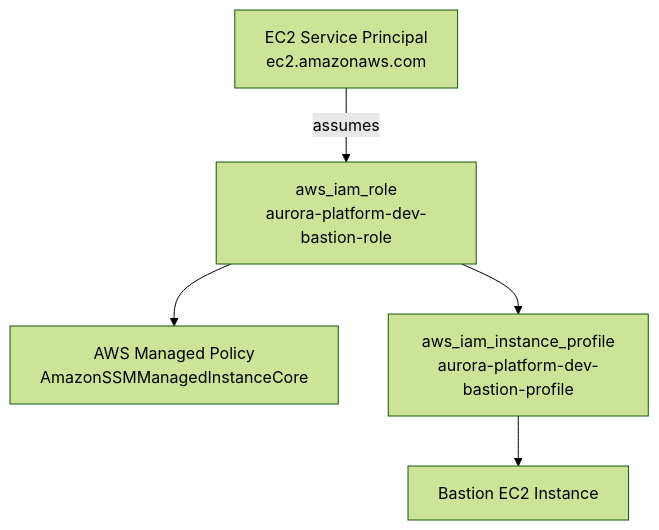
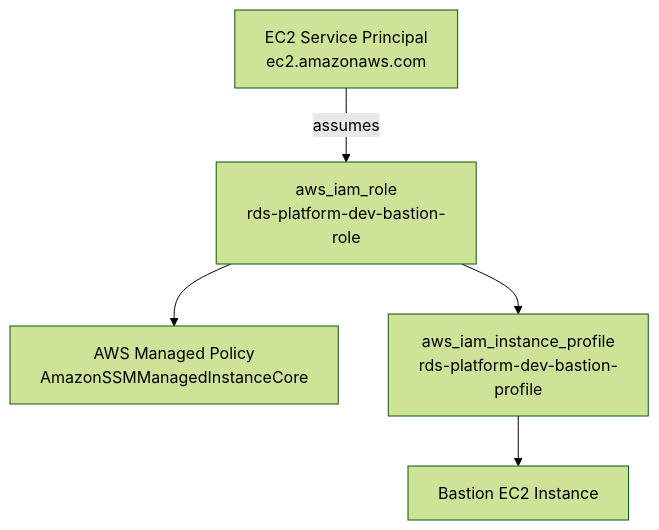
One commit to dheerajnambr/terraform-aws-rds-mysql-platform changed the fourth of 6 diagrams in NOTION_ADVANCED_DOC.md. Above: the diagram before and after it, drawn with Mermaid (forest theme). The commit also changed other lines of this file and 10 other files, not shown here.

First line of the commit message:
refactor: rename aurora-platform to rds-platform, upgrade engine to MySQL 8.4

````diff
--- a/NOTION_ADVANCED_DOC.md
+++ b/NOTION_ADVANCED_DOC.md
@@ -252,7 +252,7 @@
 ```mermaid
 graph TD
-    EC2[EC2 Service Principal<br/>ec2.amazonaws.com] -->|assumes| ROLE[aws_iam_role<br/>aurora-platform-dev-bastion-role]
+    EC2[EC2 Service Principal<br/>ec2.amazonaws.com] -->|assumes| ROLE[aws_iam_role<br/>rds-platform-dev-bastion-role]
     ROLE --> POLICY[AWS Managed Policy<br/>AmazonSSMManagedInstanceCore]
-    ROLE --> PROFILE[aws_iam_instance_profile<br/>aurora-platform-dev-bastion-profile]
+    ROLE --> PROFILE[aws_iam_instance_profile<br/>rds-platform-dev-bastion-profile]
     PROFILE --> BASTION[Bastion EC2 Instance]
 ```
````
